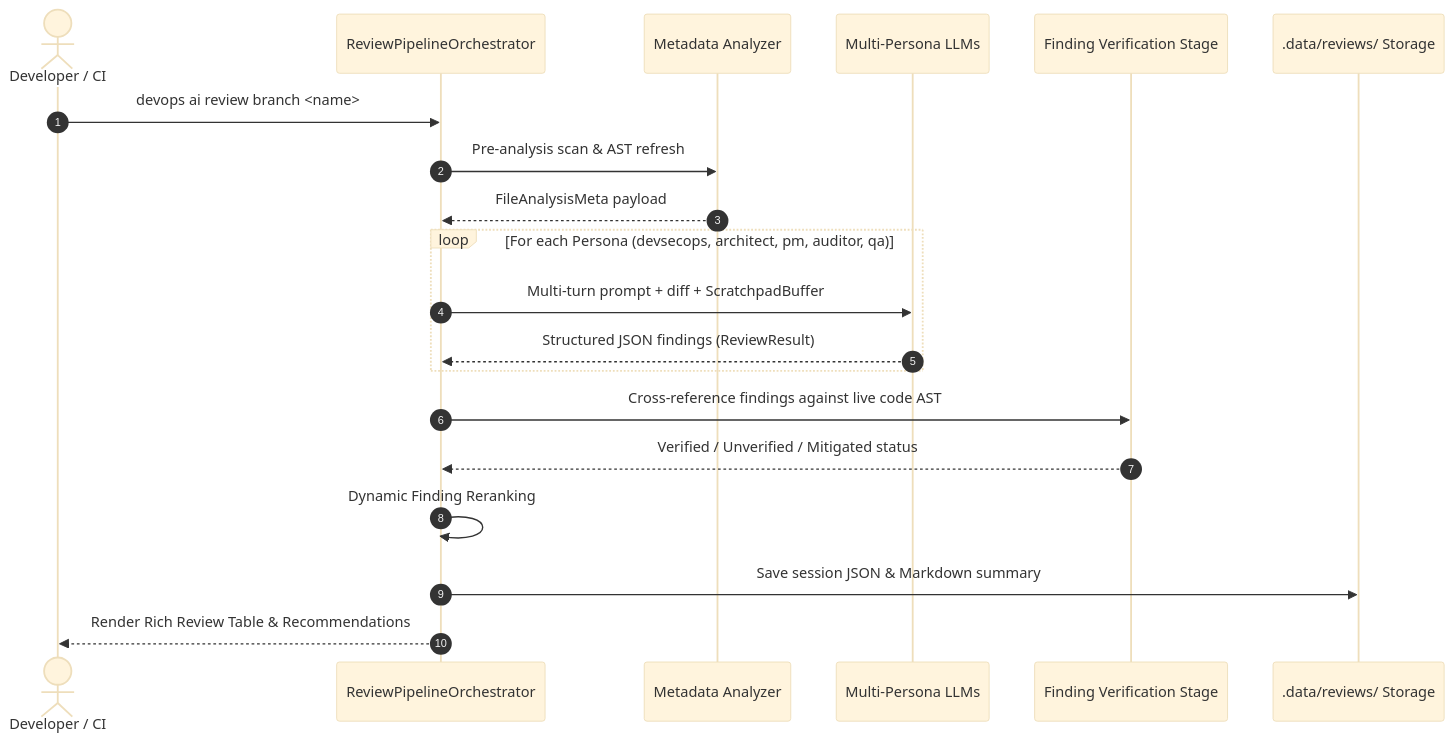
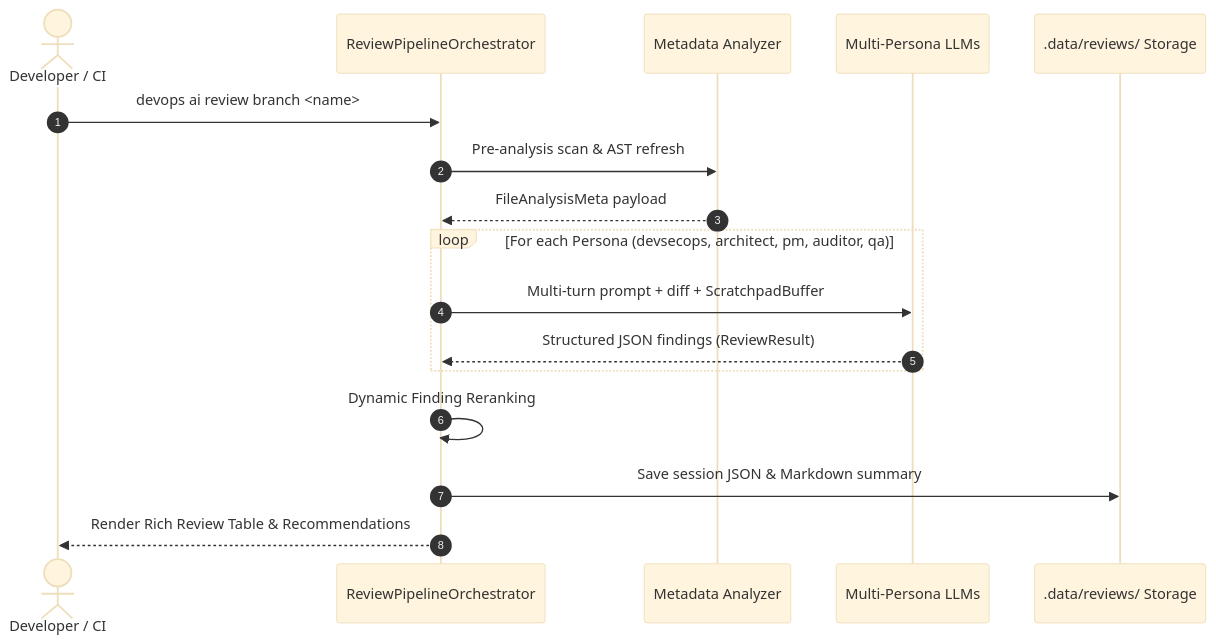
Before and after one commit to dan-petty/devops-cli: the second of 4 diagrams in ARCHITECTURE.md, drawn with Mermaid (base theme). The commit also changed other lines of this file and 330 other files, not shown here.

````diff
--- a/ARCHITECTURE.md
+++ b/ARCHITECTURE.md
@@ -59,23 +59,20 @@
 ```mermaid
 sequenceDiagram
     autonumber
     actor Dev as Developer / CI
     participant Orch as ReviewPipelineOrchestrator
     participant Meta as Metadata Analyzer
     participant LLM as Multi-Persona LLMs
-    participant Verify as Finding Verification Stage
     participant Store as .data/reviews/ Storage
 
     Dev->>Orch: devops ai review branch <name>
     Orch->>Meta: Pre-analysis scan & AST refresh
     Meta-->>Orch: FileAnalysisMeta payload
     loop For each Persona (devsecops, architect, pm, auditor, qa)
         Orch->>LLM: Multi-turn prompt + diff + ScratchpadBuffer
         LLM-->>Orch: Structured JSON findings (ReviewResult)
     end
-    Orch->>Verify: Cross-reference findings against live code AST
-    Verify-->>Orch: Verified / Unverified / Mitigated status
     Orch->>Orch: Dynamic Finding Reranking
     Orch->>Store: Save session JSON & Markdown summary
     Orch-->>Dev: Render Rich Review Table & Recommendations
 ```
````
